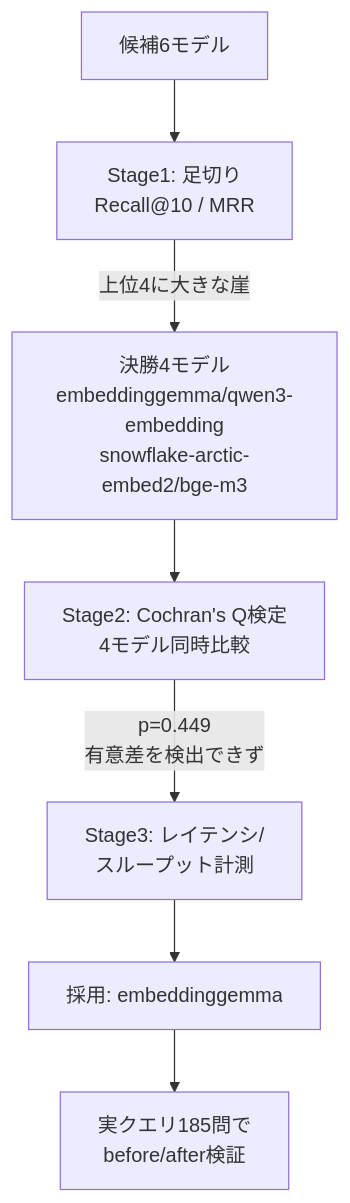
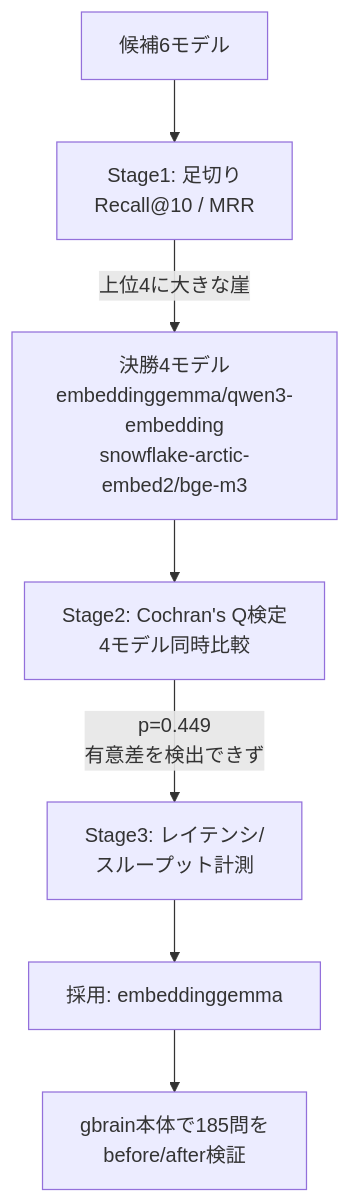
The diagram in articles/gbrain-embedding-eval.md (yuya0408/zenn-content), drawn with Mermaid before and after one commit. The commit also changed other lines of this file, not shown here.

````diff
--- a/articles/gbrain-embedding-eval.md
+++ b/articles/gbrain-embedding-eval.md
@@ -15,9 +15,9 @@
 ```mermaid
 flowchart TD
     A["候補6モデル"] --> B["Stage1: 足切り<br/>Recall@10 / MRR"]
     B -->|"上位4に大きな崖"| C["決勝4モデル<br/>embeddinggemma/qwen3-embedding<br/>snowflake-arctic-embed2/bge-m3"]
     C --> D["Stage2: Cochran's Q検定<br/>4モデル同時比較"]
     D -->|"p=0.449<br/>有意差を検出できず"| E["Stage3: レイテンシ/<br/>スループット計測"]
     E --> F["採用: embeddinggemma"]
-    F --> G["実クエリ185問で<br/>before/after検証"]
+    F --> G["gbrain本体で185問を<br/>before/after検証"]
 ```
````
